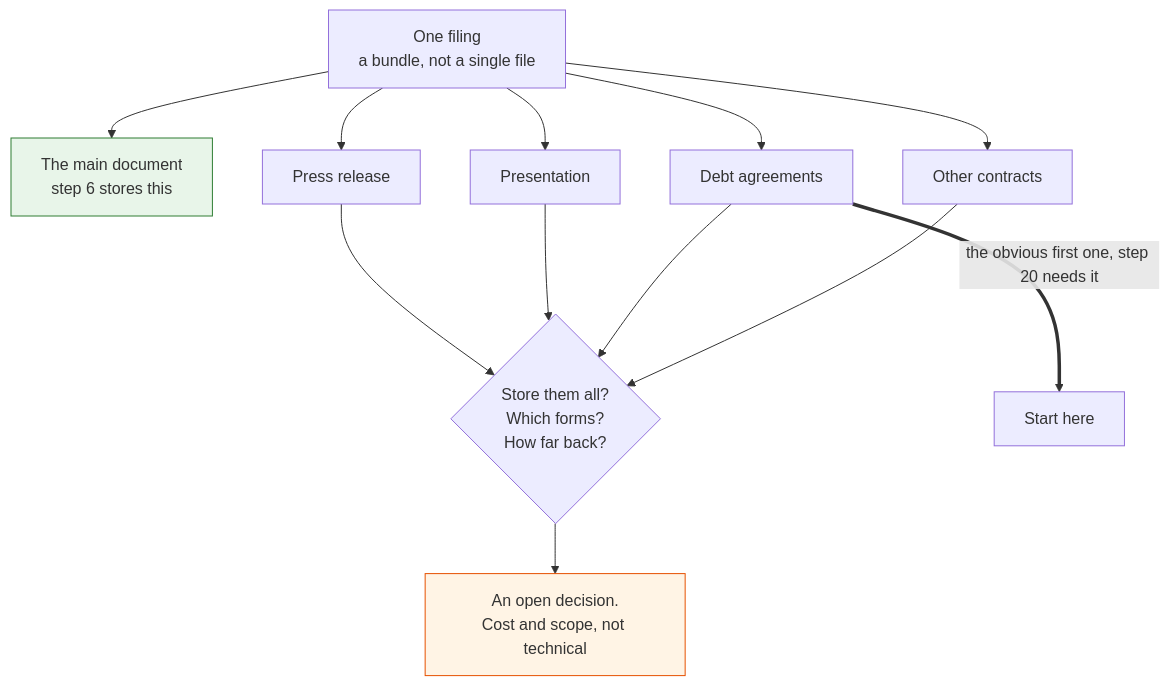
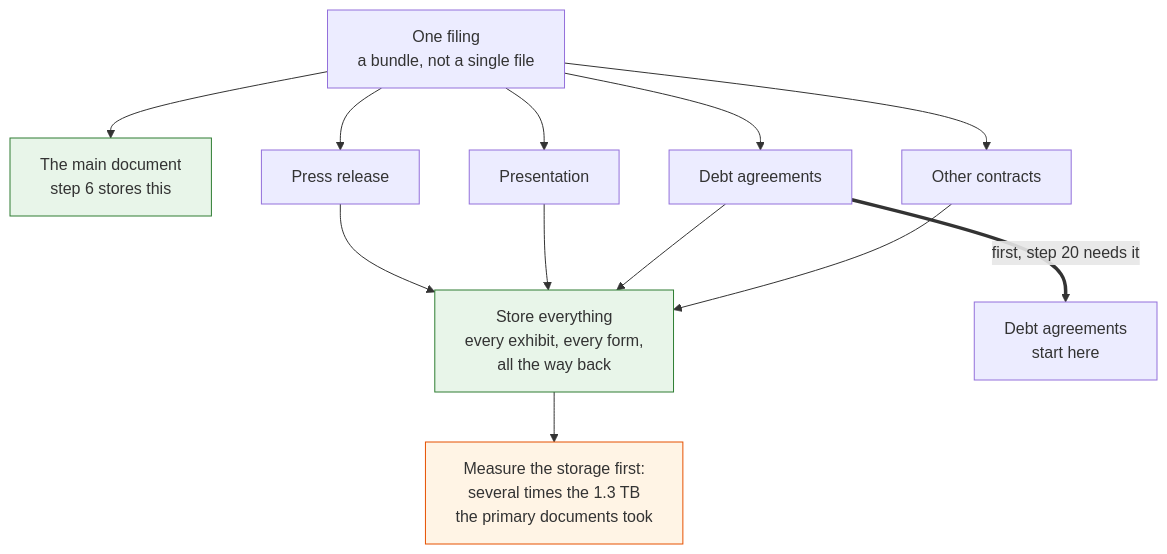
One commit to g784dwcd2r-crypto/H changed diagram 30 of 41 in docs/steps.md. Above: the diagram before and after it, drawn with Mermaid. The commit also changed other lines of this file and 1 other file, not shown here.

First line of the commit message:
Settle three scope calls: all exhibits, all ownership history, Hicham on groups

````diff
--- a/docs/steps.md
+++ b/docs/steps.md
@@ -977,16 +984,17 @@
 ```mermaid
 flowchart TD
     F["One filing<br/>a bundle, not a single file"] --> M["The main document<br/>step 6 stores this"]
     F --> E1["Press release"]
     F --> E2["Presentation"]
     F --> E3["Debt agreements"]
     F --> E4["Other contracts"]
-    E1 --> Q{"Store them all?<br/>Which forms?<br/>How far back?"}
-    E2 --> Q
-    E3 --> Q
-    E4 --> Q
-    Q --> DEC["An open decision.<br/>Cost and scope, not technical"]
-    E3 ==>|"the obvious first one, step 20 needs it"| FIRST["Start here"]
+    E1 --> ALL["Store everything<br/>every exhibit, every form,<br/>all the way back"]
+    E2 --> ALL
+    E3 --> ALL
+    E4 --> ALL
+    ALL --> SIZE["Measure the storage first:<br/>several times the 1.3 TB<br/>the primary documents took"]
+    E3 ==>|"first, step 20 needs it"| FIRST["Debt agreements<br/>start here"]
     style M fill:#e8f5e9,stroke:#2e7d32
-    style DEC fill:#fff4e5,stroke:#e65100
+    style ALL fill:#e8f5e9,stroke:#2e7d32
+    style SIZE fill:#fff4e5,stroke:#e65100
 ```
````
